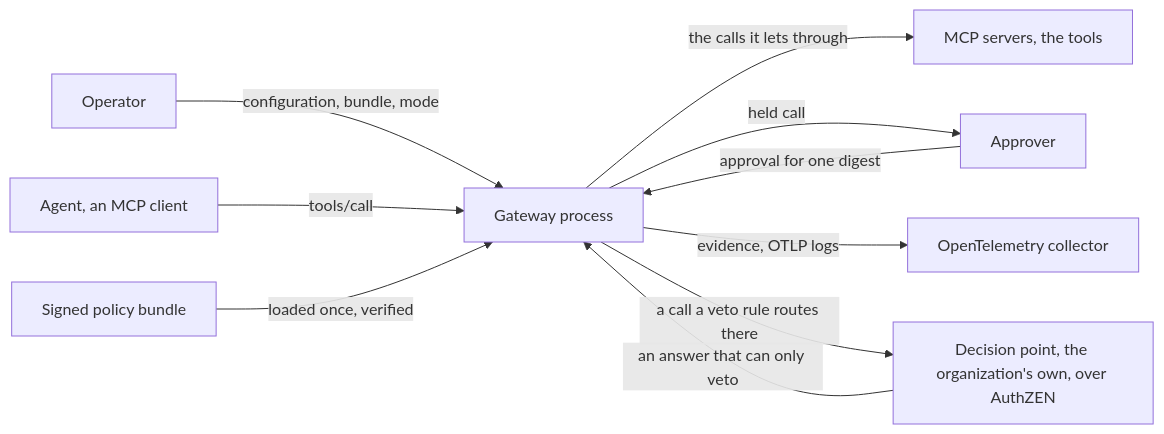
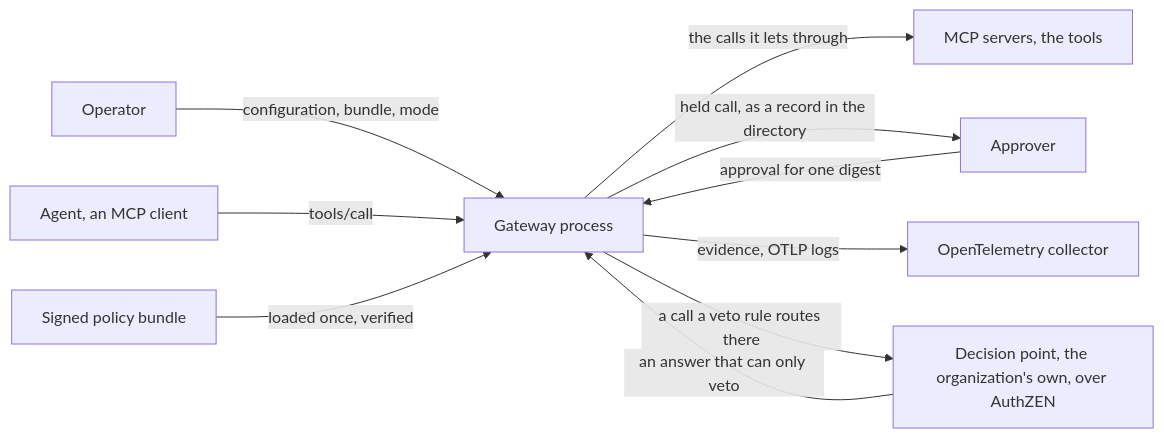
The first of 4 diagrams in docs/concepts/architecture.md (guardana/control), drawn with Mermaid before and after one commit. The commit also changed other lines of this file and 44 other files, not shown here.

````diff
--- a/docs/concepts/architecture.md
+++ b/docs/concepts/architecture.md
@@ -20,22 +20,22 @@
 ```mermaid
 flowchart LR
     accTitle: The system in context
     accDescr: The agent's tool calls pass through the gateway process, which loads a signed bundle, sends held calls to an approver, asks a decision point that can only veto, forwards the calls it lets through and exports evidence to a collector.
     OP[Operator]
     AG["Agent, an MCP client"]
     APR[Approver]
     GW["Gateway process"]
     SRV["MCP servers, the tools"]
     BUNDLE["Signed policy bundle"]
     COL["OpenTelemetry collector"]
     PDP["Decision point, the organization's own, over AuthZEN"]
     OP -->|configuration, bundle, mode| GW
     AG -->|tools/call| GW
     GW -->|the calls it lets through| SRV
-    GW -->|held call| APR
+    GW -->|held call, as a record in the directory| APR
     APR -->|approval for one digest| GW
     BUNDLE -->|loaded once, verified| GW
     GW -->|evidence, OTLP logs| COL
     GW -->|a call a veto rule routes there| PDP
     PDP -->|an answer that can only veto| GW
 ```
````
